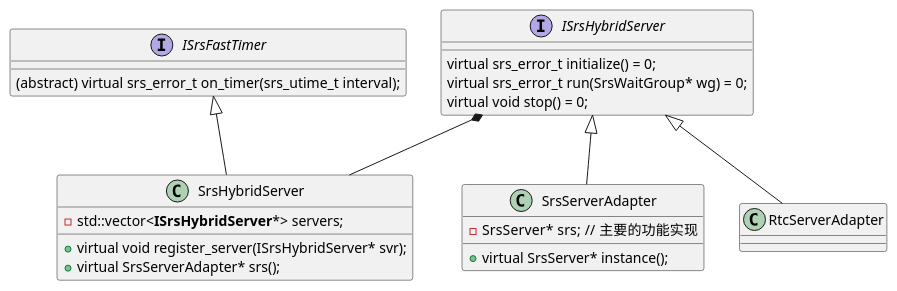
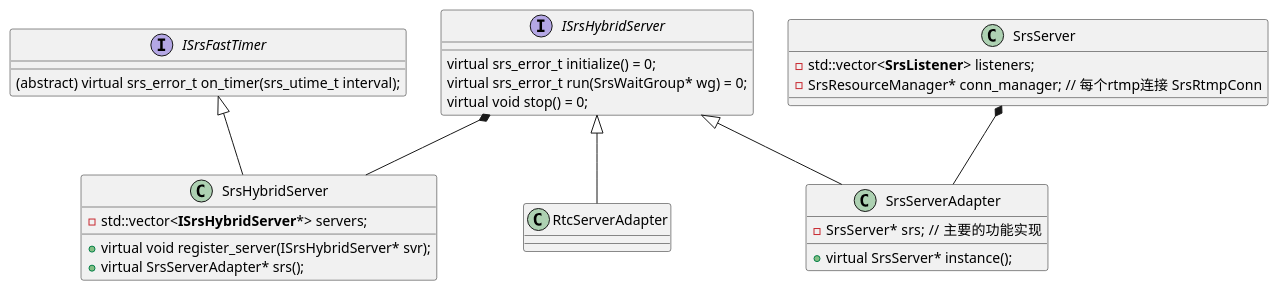
The first of 8 diagrams in srs/srs_struct.md (hz-fengpeng/doc), drawn with PlantUML before and after one commit. The commit also changed other lines of this file and 4 other files, not shown here.

````diff
--- a/srs/srs_struct.md
+++ b/srs/srs_struct.md
@@ -22,31 +54,38 @@
 ```plantuml 
 ISrsFastTimer <|-- SrsHybridServer
 ISrsHybridServer *-- SrsHybridServer
 ISrsHybridServer <|-- SrsServerAdapter
 ISrsHybridServer <|-- RtcServerAdapter
+
+SrsServer *-- SrsServerAdapter
 
 interface ISrsFastTimer{
     (abstract) virtual srs_error_t on_timer(srs_utime_t interval);
 }
 
 interface ISrsHybridServer{
     virtual srs_error_t initialize() = 0;
     virtual srs_error_t run(SrsWaitGroup* wg) = 0;
     virtual void stop() = 0;
 }
 
 class SrsHybridServer{
     - std::vector<**ISrsHybridServer***> servers;
     + virtual void register_server(ISrsHybridServer* svr);
     + virtual SrsServerAdapter* srs();
 
 }
 
 class SrsServerAdapter{
     - SrsServer* srs;  // 主要的功能实现
     + virtual SrsServer* instance();
 }
 class RtcServerAdapter{
 
 }
+
+class SrsServer{
+    - std::vector<**SrsListener**> listeners;
+    - SrsResourceManager* conn_manager; // 每个rtmp连接 SrsRtmpConn
+}
 ```
````
